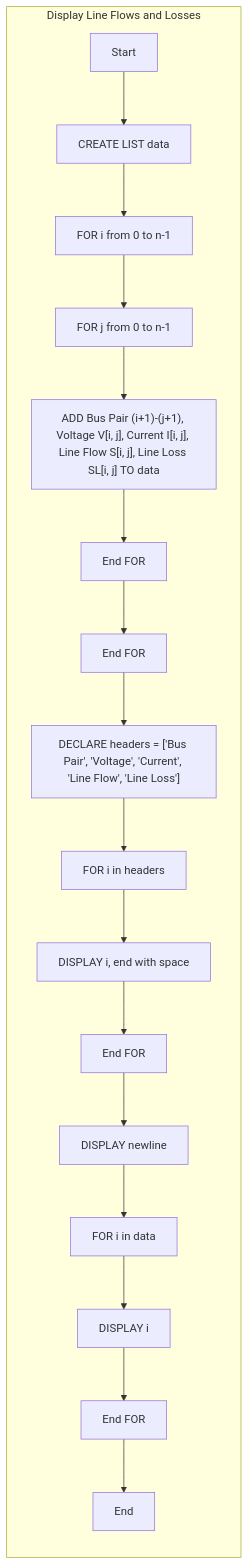
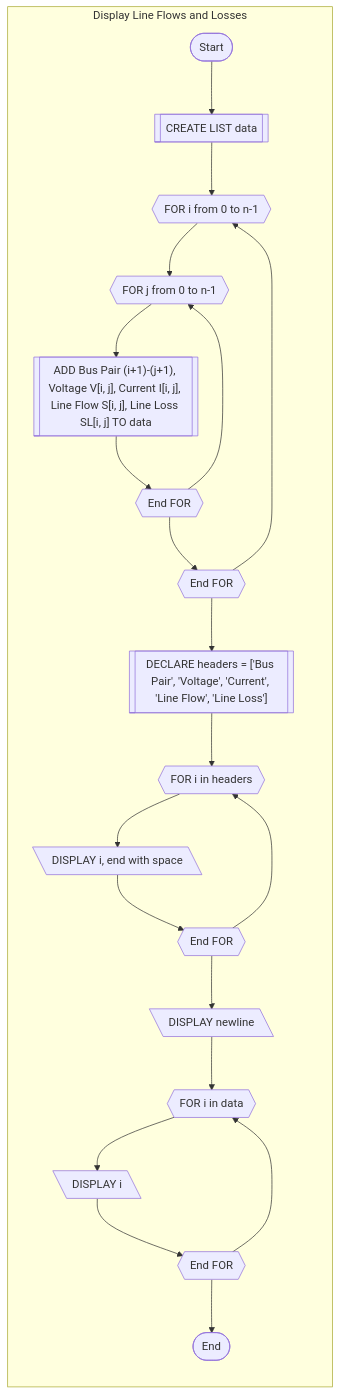
The fourth of 4 diagrams in line-flows-and-losses.md (Sree2011/flowcharts-load-flow-analysis), drawn with Mermaid before and after one commit. The commit also changed other lines of this file, not shown here.

Commit message:
Refactor flowchart nodes to use parentheses for improved clarity and consistency

```diff
--- a/line-flows-and-losses.md
+++ b/line-flows-and-losses.md
@@ -103,22 +107,26 @@
 <pre class="mermaid">
 graph LR
     subgraph Display Line Flows and Losses
         direction TB
-        LLL[Start]
-        LLL --> MMM[CREATE LIST data]
-        MMM --> NNN[FOR i from 0 to n-1]
-        NNN --> OOO[FOR j from 0 to n-1]
-        OOO --> PPP["ADD Bus Pair (i+1)-(j+1), Voltage V[i, j], Current I[i, j], Line Flow S[i, j], Line Loss SL[i, j] TO data"]
-        PPP --> QQQ[End FOR]
-        QQQ --> RRR[End FOR]
-        RRR --> SSS["DECLARE headers = ['Bus Pair', 'Voltage', 'Current', 'Line Flow', 'Line Loss']"]
-        SSS --> TTT[FOR i in headers]
-        TTT --> UUU[DISPLAY i, end with space]
-        UUU --> VVV[End FOR]
-        VVV --> WWW[DISPLAY newline]
-        WWW --> XXX[FOR i in data]
-        XXX --> YYY[DISPLAY i]
-        YYY --> ZZZ[End FOR]
-        ZZZ --> AAAA[End]
+        LLL([Start])
+        LLL --> MMM[[CREATE LIST data]]
+        MMM --> NNN[FOR i from 0 to n-1]@{shape: hex}
+        NNN --> OOO[FOR j from 0 to n-1]@{shape: hex}
+        OOO --> PPP[["ADD Bus Pair (i+1)-(j+1), Voltage V[i, j], Current I[i, j], Line Flow S[i, j], Line Loss SL[i, j] TO data"]]
+        PPP --> QQQ[End FOR]@{shape: hex}
+        QQQ --> OOO
+        QQQ --> RRR[End FOR]@{shape: hex}
+        RRR --> NNN
+        RRR --> SSS[["DECLARE headers = ['Bus Pair', 'Voltage', 'Current', 'Line Flow', 'Line Loss']"]]
+        SSS --> TTT[FOR i in headers]@{shape: hex}
+        TTT --> UUU[DISPLAY i, end with space]@{shape: lean-left}
+        UUU --> VVV[End FOR]@{shape: hex}
+        VVV --> TTT
+        VVV --> WWW[DISPLAY newline]@{shape: lean-left}
+        WWW --> XXX[FOR i in data]@{shape: hex}
+        XXX --> YYY[DISPLAY i]@{shape: lean-left}
+        YYY --> ZZZ[End FOR]@{shape: hex}
+        ZZZ --> XXX
+        ZZZ --> AAAA([End])
     end
 </pre>
```
